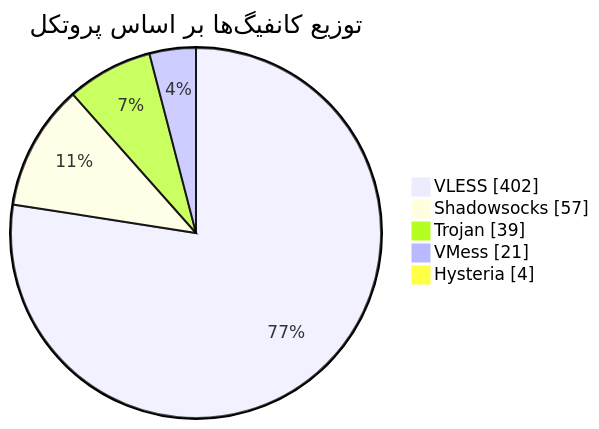
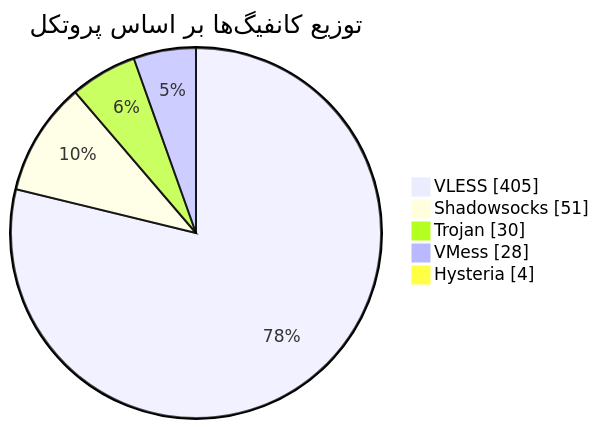
Before and after one commit to Arian-Alijani/Somthing: the diagram in README.md, drawn with Mermaid. The commit also changed other lines of this file and 79 other files, not shown here.

````diff
--- a/README.md
+++ b/README.md
@@ -47,9 +47,9 @@
 ```mermaid
 pie showData
     title توزیع کانفیگ‌ها بر اساس پروتکل
-    "VLESS" : 402
-    "Shadowsocks" : 57
-    "Trojan" : 39
-    "VMess" : 21
+    "VLESS" : 405
+    "Shadowsocks" : 51
+    "Trojan" : 30
+    "VMess" : 28
     "Hysteria" : 4
 ```
````
